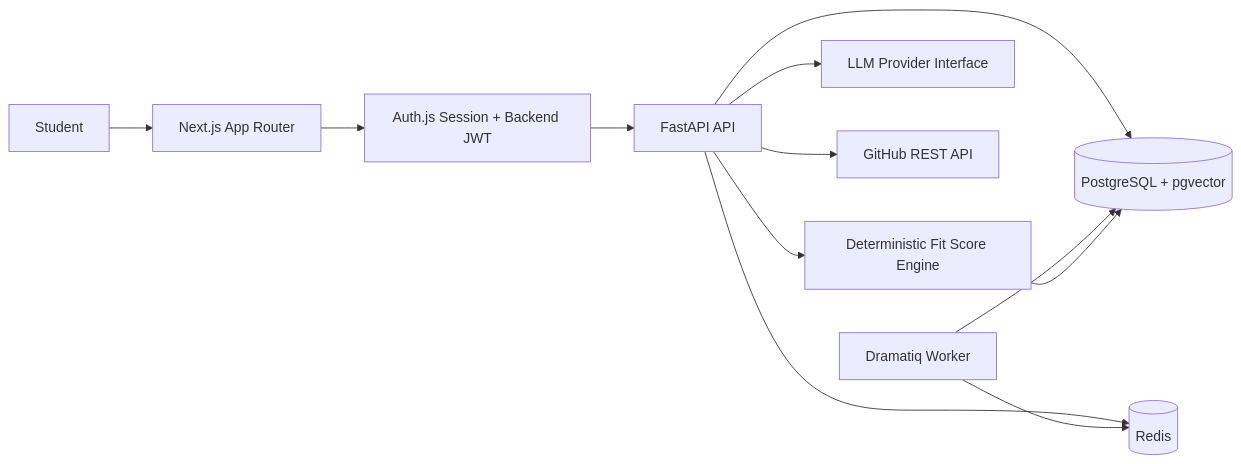
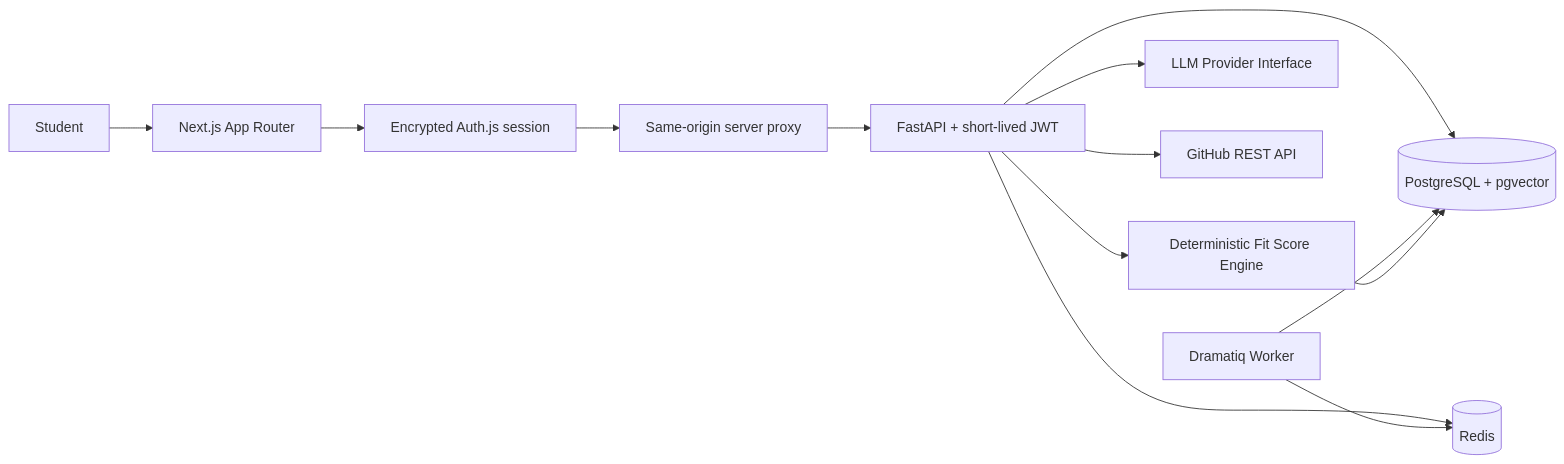
Before and after one commit to barisparlakk/ApplyWise: the first of 2 diagrams in README.md, drawn with Mermaid. The commit also changed other lines of this file and 70 other files, not shown here.

````diff
--- a/README.md
+++ b/README.md
@@ -11,14 +11,15 @@
 ```mermaid
 flowchart LR
     User["Student"] --> Web["Next.js App Router"]
-    Web --> Auth["Auth.js Session + Backend JWT"]
-    Auth --> API["FastAPI API"]
+    Web --> Auth["Encrypted Auth.js session"]
+    Auth --> BFF["Same-origin server proxy"]
+    BFF --> API["FastAPI + short-lived JWT"]
     API --> Postgres[("PostgreSQL + pgvector")]
     API --> Redis[("Redis")]
     Worker["Dramatiq Worker"] --> Redis
     Worker --> Postgres
     API --> AI["LLM Provider Interface"]
     API --> GitHub["GitHub REST API"]
     API --> Score["Deterministic Fit Score Engine"]
     Score --> Postgres
 ```
````
